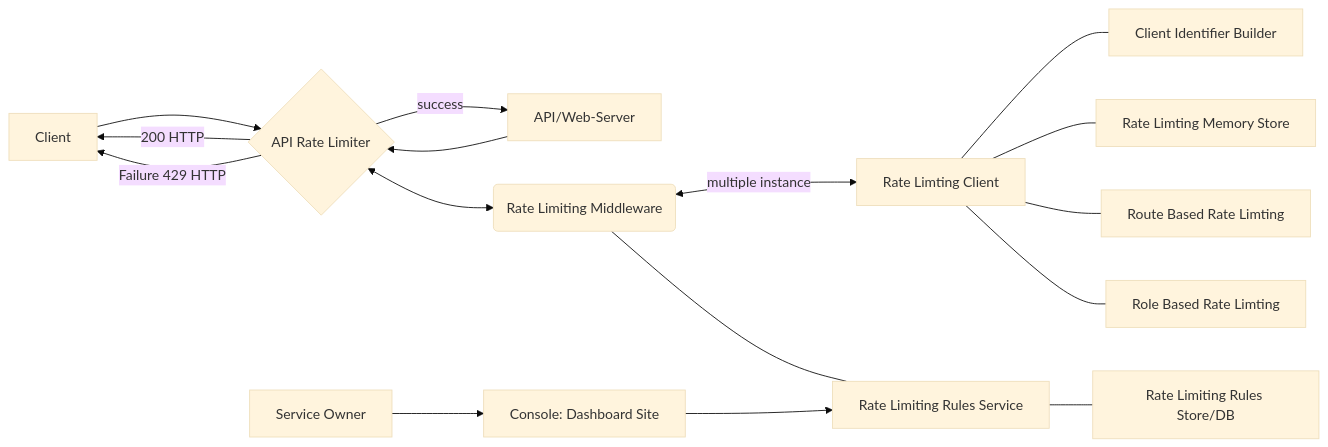
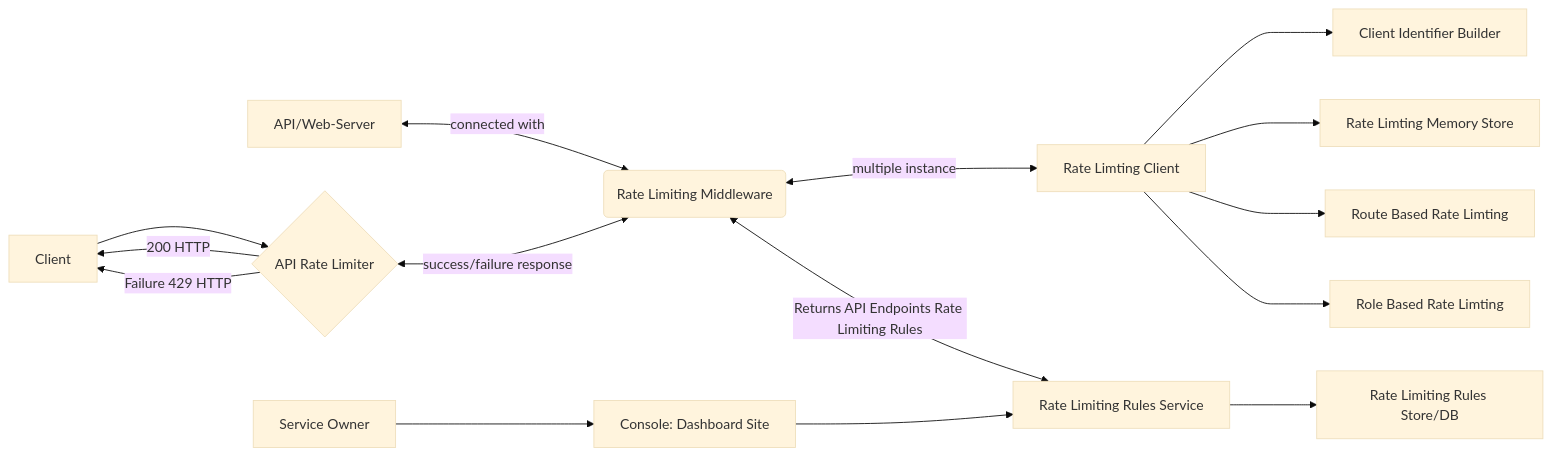
One commit to Real-Dev-Squad/docs changed the first of 4 diagrams in docs/dev/rate-limiting/README.md. Above: the diagram before and after it, drawn with Mermaid (base theme). The commit also changed other lines of this file, not shown here.

Commit message:
refactor: lables and directions

````diff
--- a/docs/dev/rate-limiting/README.md
+++ b/docs/dev/rate-limiting/README.md
@@ -83,17 +83,17 @@
 ```mermaid
 flowchart LR
-    Client[Client] --> ARL{API Rate Limiter} -- success --> Server[API/Web-Server]
-    Server --> ARL
+    Client[Client] --> ARL{API Rate Limiter}
     ARL -- 200 HTTP --> Client
     ARL -- Failure 429 HTTP --> Client
-    ARL <--> RLM(Rate Limiting Middleware)
+    Server[API/Web-Server] <--connected with--> RLM
+    ARL <-- success/failure response --> RLM(Rate Limiting Middleware)
     RLM <-- multiple instance --> RLC[Rate Limting Client]
-    RLM --- RLRS[Rate Limiting Rules Service]
-    RLC --- CIDB[Client Identifier Builder]
-    RLC --- RLMS[Rate Limting Memory Store]
-    RLC --- RBRLM[Route Based Rate Limting]
-    RLC --- ROBRLM[Role Based Rate Limting]
+    RLM <-- Returns API Endpoints Rate Limiting Rules --> RLRS[Rate Limiting Rules Service]
+    RLC ---> CIDB[Client Identifier Builder]
+    RLC ---> RLMS[Rate Limting Memory Store]
+    RLC ---> RBRLM[Route Based Rate Limting]
+    RLC ---> ROBRLM[Role Based Rate Limting]
     RLRC[Console: Dashboard Site] --> RLRS
-    RLRS --- RLRDB[Rate Limiting Rules Store/DB]
+    RLRS ---> RLRDB[Rate Limiting Rules Store/DB]
     SO[Service Owner] --> RLRC
 ```
````
